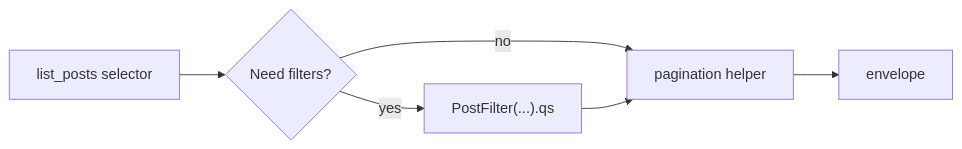
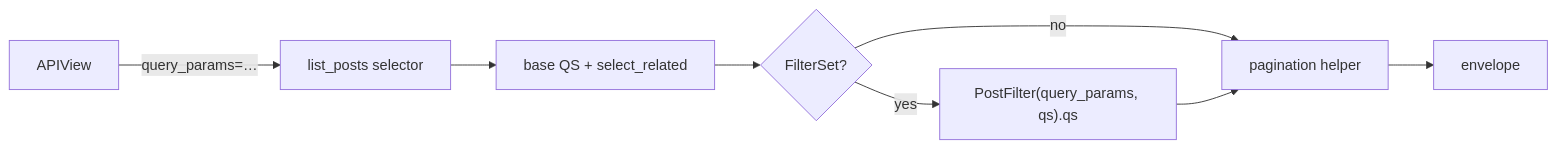
Before and after one commit to alidanial7/django-style-guide: the second of 2 diagrams in {{cookiecutter.project_name}}/docs/style-guide/http/pagination-and-filtering.md, drawn with Mermaid. The commit also changed other lines of this file and 7 other files, not shown here.

````diff
--- a/{{cookiecutter.project_name}}/docs/style-guide/http/pagination-and-filtering.md
+++ b/{{cookiecutter.project_name}}/docs/style-guide/http/pagination-and-filtering.md
@@ -155,8 +157,10 @@
 ```mermaid
 flowchart LR
-    SEL[list_posts selector] --> OPT{Need filters?}
+    API[APIView] -->|"query_params=…"| SEL[list_posts selector]
+    SEL --> BASE[base QS + select_related]
+    BASE --> OPT{FilterSet?}
     OPT -->|no| PAG[pagination helper]
-    OPT -->|yes| FS["PostFilter(...).qs"]
+    OPT -->|yes| FS["PostFilter(query_params, qs).qs"]
     FS --> PAG
     PAG --> ENV[envelope]
 ```
````
